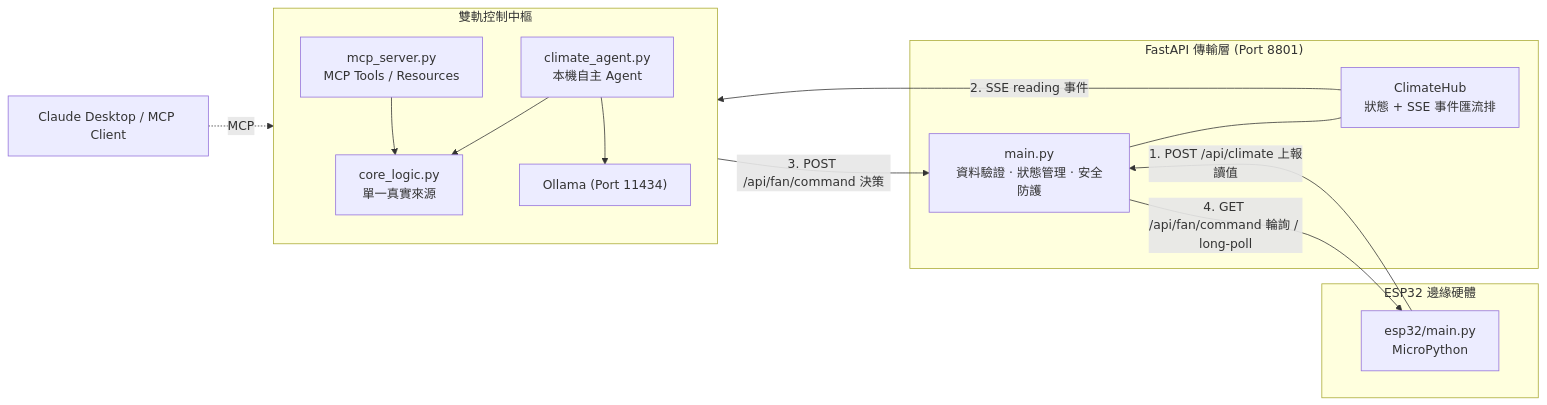
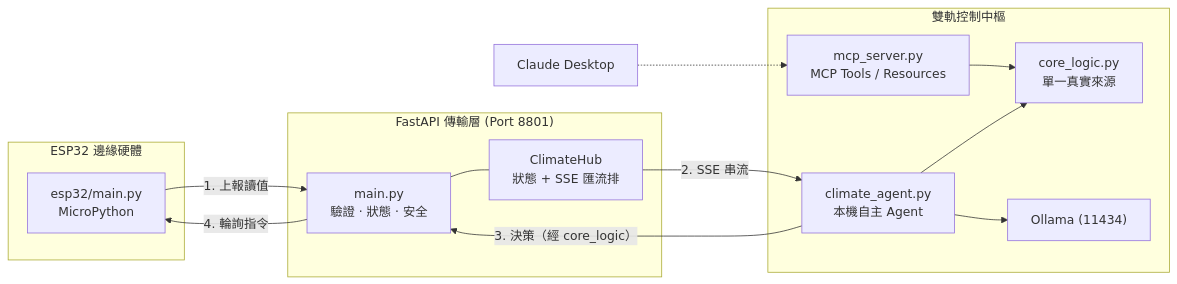
Before and after one commit to laura-chou/esp32-mcp-climate-control: the diagram in README.md, drawn with Mermaid. The commit also changed other lines of this file, not shown here.

First line of the commit message:
docs: tighten README and close the data-flow loop in the diagram

````diff
--- a/README.md
+++ b/README.md
@@ -10,29 +10,28 @@
 ```mermaid
 flowchart LR
     subgraph EDGE["ESP32 邊緣硬體"]
         FW["esp32/main.py<br/>MicroPython"]
     end
 
     subgraph TRANSPORT["FastAPI 傳輸層 (Port 8801)"]
-        API["main.py<br/>資料驗證 · 狀態管理 · 安全防護"]
-        HUB["ClimateHub<br/>狀態 + SSE 事件匯流排"]
+        API["main.py<br/>驗證 · 狀態 · 安全"]
+        HUB["ClimateHub<br/>狀態 + SSE 匯流排"]
         API --- HUB
     end
 
     subgraph CONTROL["雙軌控制中樞"]
-        direction TB
         MCP["mcp_server.py<br/>MCP Tools / Resources"]
         AGENT["climate_agent.py<br/>本機自主 Agent"]
-        OLLAMA["Ollama (Port 11434)"]
-        MCP --> CORE["core_logic.py<br/>單一真實來源"]
+        CORE["core_logic.py<br/>單一真實來源"]
+        OLLAMA["Ollama (11434)"]
+        MCP --> CORE
         AGENT --> CORE
         AGENT --> OLLAMA
     end
 
-    FW -->|"1. POST /api/climate 上報讀值"| API
-    HUB -->|"2. SSE reading 事件"| CORE
-    CORE -->|"3. POST /api/fan/command 決策"| API
-    API -->|"4. GET /api/fan/command 輪詢 / long-poll"| FW
-
-    CLAUDE["Claude Desktop / MCP Client"] -.->|MCP| MCP
+    FW -->|"1. 上報讀值"| API
+    HUB -->|"2. SSE 串流"| AGENT
+    AGENT -->|"3. 決策（經 core_logic）"| API
+    API -->|"4. 輪詢指令"| FW
+    CLAUDE["Claude Desktop"] -.-> MCP
 ```
````
